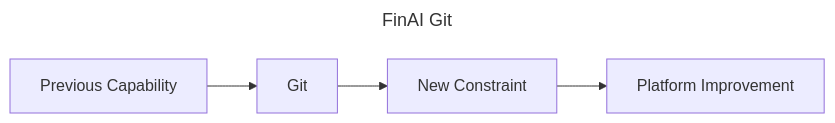
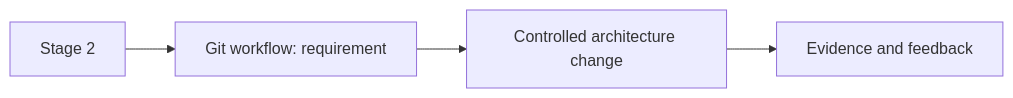
One commit to m1mohamad/devops-sre-prep changed the third of 30 diagrams in docs/journey/index.md. Above: the diagram before and after it, drawn with Mermaid. The commit also changed other lines of this file and 100 other files, not shown here.

````diff
--- a/docs/journey/index.md
+++ b/docs/journey/index.md
@@ -33,7 +62,6 @@
 ```mermaid
----
-title: FinAI Git
----
 flowchart LR
-  A[Previous Capability] --> B[Git] --> C[New Constraint] --> D[Platform Improvement]
+  S3[Stage 2] --> R3[Git workflow: requirement]
+  R3 --> C3[Controlled architecture change]
+  C3 --> E3[Evidence and feedback]
 ```
````
